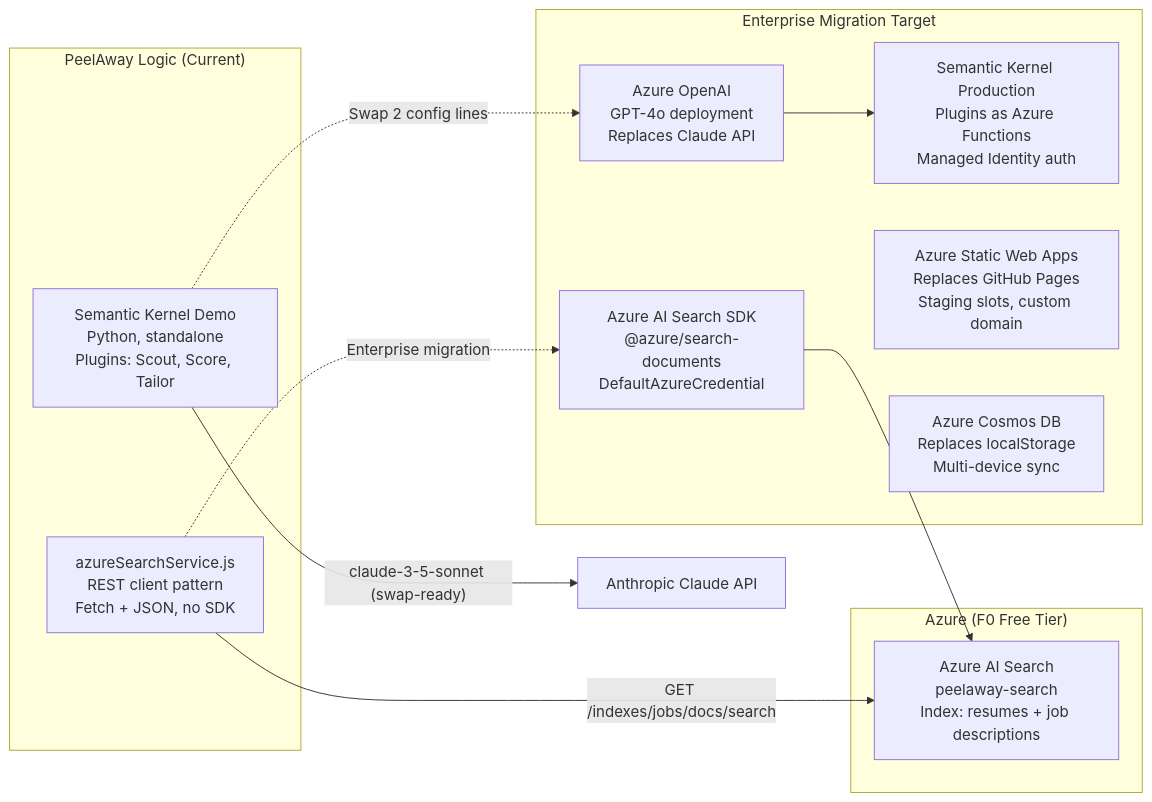
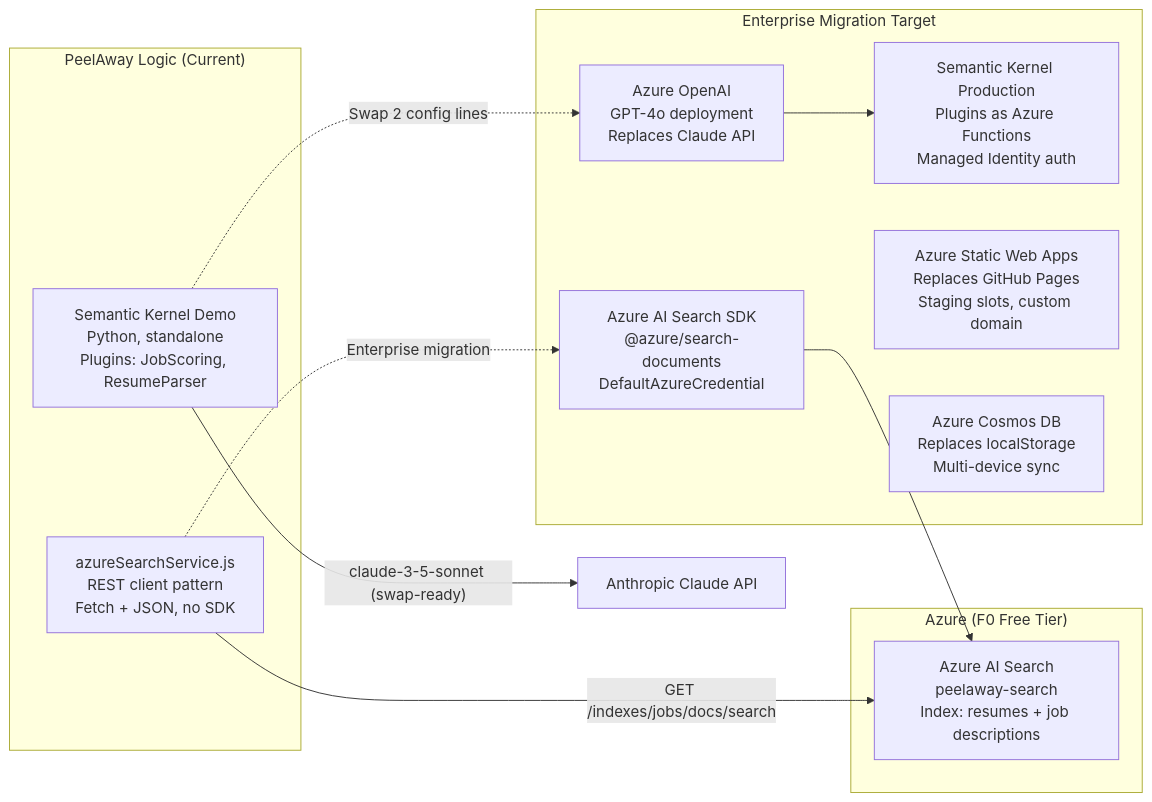
One commit to CarmenReed/AI-Claude-Code-Ecosystem changed the diagram in peelaway-logic/docs/architecture/diagrams/azure-integration.mermaid. Above: the diagram before and after it, drawn with Mermaid. The commit also changed 12 other files, not shown here.

```diff
--- a/peelaway-logic/docs/architecture/diagrams/azure-integration.mermaid
+++ b/peelaway-logic/docs/architecture/diagrams/azure-integration.mermaid
@@ -1,30 +1,30 @@
 %% Azure Integration Architecture
 %% Shows how Azure AI Search and the Semantic Kernel demo fit into the system
 %% Left side: current F0 free tier implementation with REST client
 %% Right side: enterprise migration target with SDK and Managed Identity
 
 graph LR
     subgraph PeelAway_Current["PeelAway Logic (Current)"]
         AzureClient["azureSearchService.js\nREST client pattern\nFetch + JSON, no SDK"]
-        SKDemo["Semantic Kernel Demo\nPython, standalone\nPlugins: Scout, Score, Tailor"]
+        SKDemo["Semantic Kernel Demo\nPython, standalone\nPlugins: JobScoring, ResumeParser"]
     end
 
     subgraph Azure_Current["Azure (F0 Free Tier)"]
         SearchIndex["Azure AI Search\npeelaway-search\nIndex: resumes + job descriptions"]
     end
 
     subgraph Azure_Enterprise["Enterprise Migration Target"]
         SearchSDK["Azure AI Search SDK\n@azure/search-documents\nDefaultAzureCredential"]
         AOAI["Azure OpenAI\nGPT-4o deployment\nReplaces Claude API"]
         SKProd["Semantic Kernel Production\nPlugins as Azure Functions\nManaged Identity auth"]
         StaticWebApp["Azure Static Web Apps\nReplaces GitHub Pages\nStaging slots, custom domain"]
         CosmosDB["Azure Cosmos DB\nReplaces localStorage\nMulti-device sync"]
     end
 
     AzureClient -->|"GET /indexes/jobs/docs/search"| SearchIndex
     SKDemo -->|"claude-3-5-sonnet (swap-ready)"| ClaudeAPI["Anthropic Claude API"]
 
     AzureClient -.->|"Enterprise migration"| SearchSDK
     SKDemo -.->|"Swap 2 config lines"| AOAI
     SearchSDK --> SearchIndex
     AOAI --> SKProd
```
